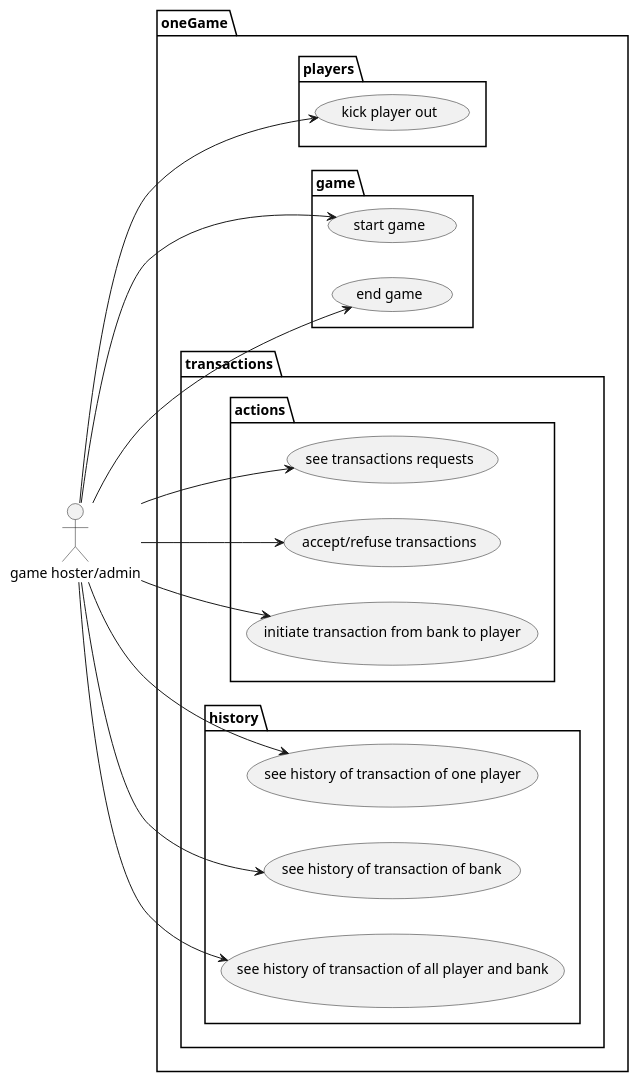
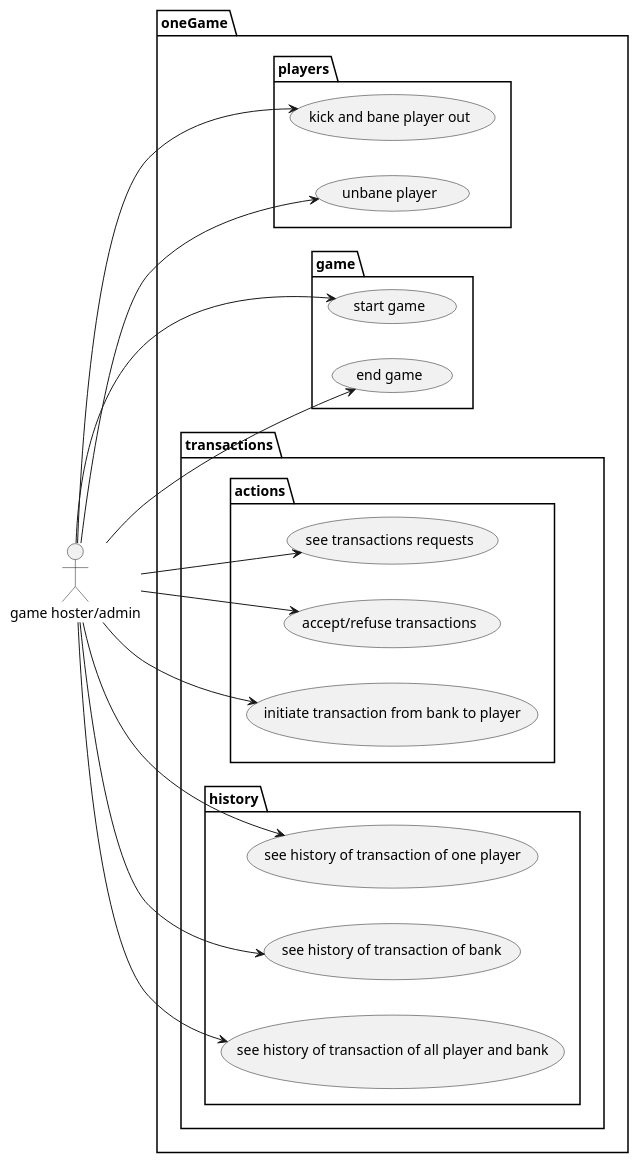
The diagram in UCDs/host_UCD.wsd (monoploy-game/design), drawn with PlantUML before and after one commit.

Commit message:
added ban and unban players

```diff
--- a/UCDs/host_UCD.wsd
+++ b/UCDs/host_UCD.wsd
@@ -1,47 +1,49 @@
 @startuml "Monopoly admin usecase diagram"
 
 left to right direction
 skinparam style strictuml
 
 actor "game hoster/admin" as ad
 
 package oneGame {
 
     package players {
-        usecase "kick player out" as kp
+        usecase "kick and bane player out" as kp
+	usecase "unbane player" as ubp
     }
 
     package game {
         usecase "start game" as strtg
         usecase "end game" as eg
     }
 
     package transactions {
         package actions {
             usecase "see transactions requests" as st
             usecase "accept/refuse transactions" as at
             usecase "initiate transaction from bank to player" as itgp
         }
         package history {
             usecase "see history of transaction of one player" as seeplrtr
             usecase "see history of transaction of bank" as seebnktr
             usecase "see history of transaction of all player and bank" as seealltr
         }
     }
 }
 
 ad --> kp
+ad --> ubp
 
 ad --> strtg
 ad --> eg
 
 ad --> st
 ad --> at
 ad --> itgp
 
 ad --> seeplrtr
 ad --> seebnktr
 
 ad --> seealltr
 
 @enduml
```
